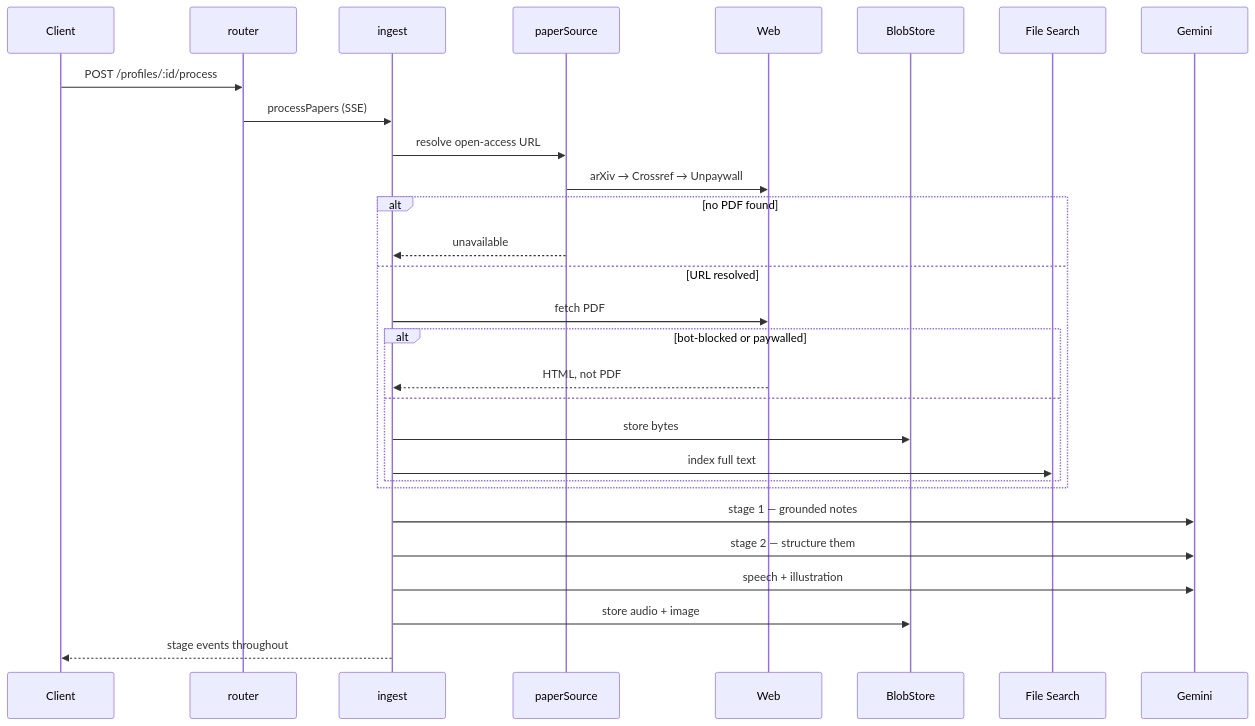
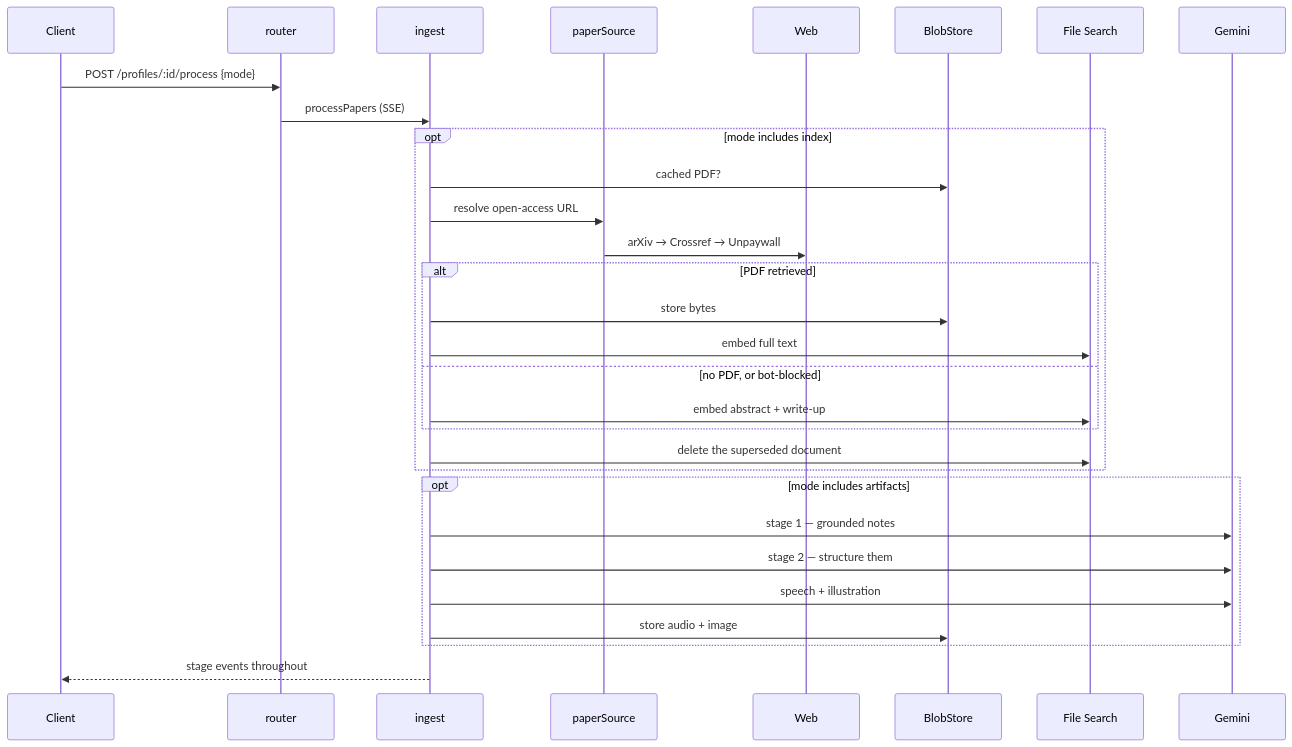
One commit to BuildGeekAI/scholar-mind changed the sixth of 8 diagrams in docs/architecture/README.md. Above: the diagram before and after it, drawn with Mermaid. The commit also changed other lines of this file and 12 other files, not shown here.

````diff
--- a/docs/architecture/README.md
+++ b/docs/architecture/README.md
@@ -165,34 +183,36 @@
 ```mermaid
 sequenceDiagram
     participant C as Client
     participant R as router
     participant I as ingest
     participant PS as paperSource
     participant W as Web
     participant B as BlobStore
     participant F as File Search
     participant G as Gemini
 
-    C->>R: POST /profiles/:id/process
+    C->>R: POST /profiles/:id/process {mode}
     R->>I: processPapers (SSE)
 
-    I->>PS: resolve open-access URL
-    PS->>W: arXiv → Crossref → Unpaywall
-    alt no PDF found
-        PS-->>I: unavailable
-    else URL resolved
-        I->>W: fetch PDF
-        alt bot-blocked or paywalled
-            W-->>I: HTML, not PDF
-        else
+    opt mode includes index
+        I->>B: cached PDF?
+        I->>PS: resolve open-access URL
+        PS->>W: arXiv → Crossref → Unpaywall
+        alt PDF retrieved
             I->>B: store bytes
-            I->>F: index full text
+            I->>F: embed full text
+        else no PDF, or bot-blocked
+            I->>F: embed abstract + write-up
         end
+        I->>F: delete the superseded document
     end
 
-    I->>G: stage 1 — grounded notes
-    I->>G: stage 2 — structure them
-    I->>G: speech + illustration
-    I->>B: store audio + image
+    opt mode includes artifacts
+        I->>G: stage 1 — grounded notes
+        I->>G: stage 2 — structure them
+        I->>G: speech + illustration
+        I->>B: store audio + image
+    end
+
     I-->>C: stage events throughout
 ```
````
